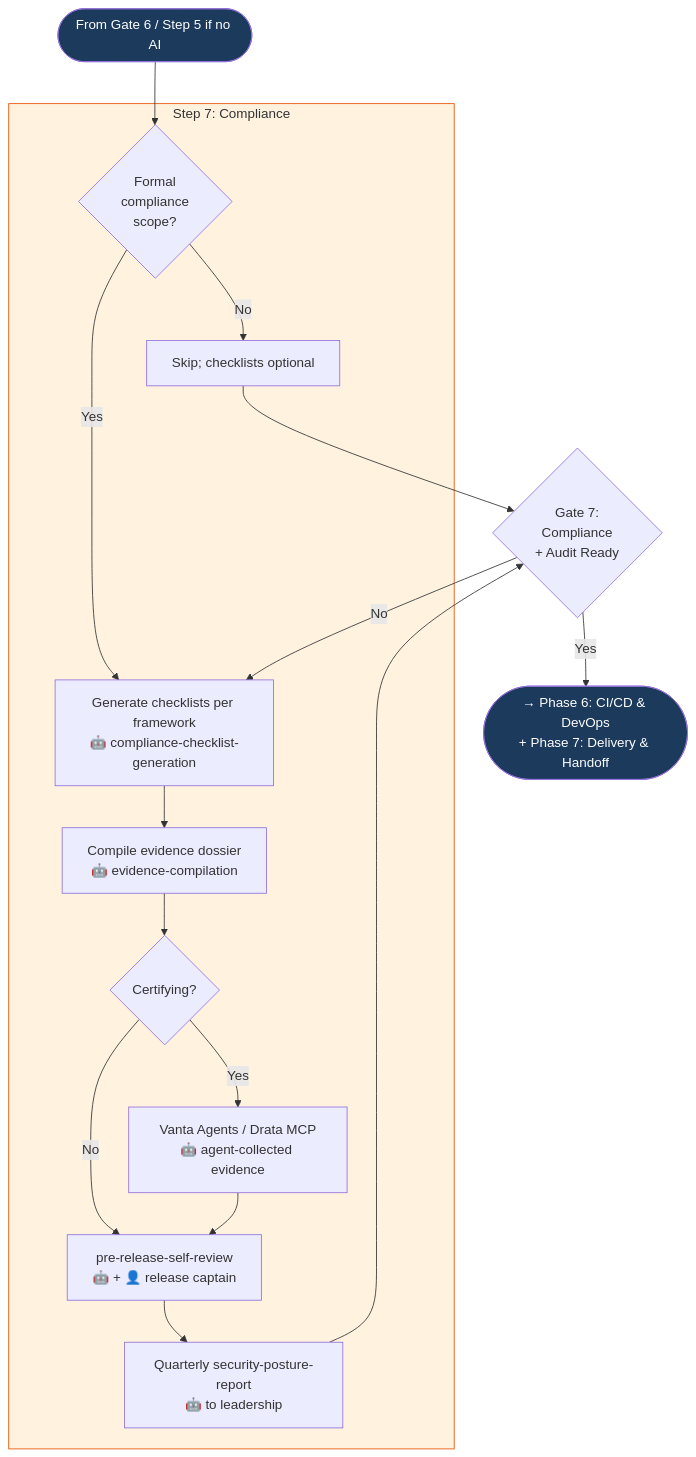
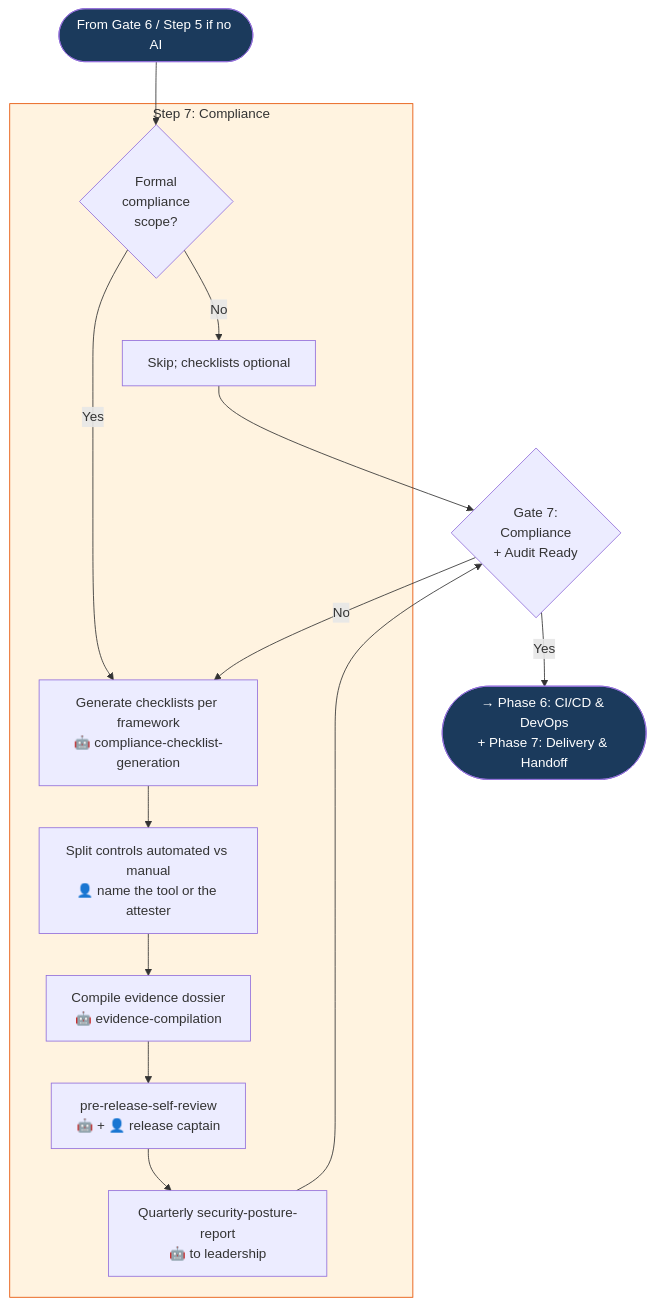
One commit to kalpat-allion/ai-dlc changed the ninth of 9 diagrams in aidlc-phases/05-security/FLOWCHART.md. Above: the diagram before and after it, drawn with Mermaid. The commit also changed other lines of this file and 39 other files, not shown here.

````diff
--- a/aidlc-phases/05-security/FLOWCHART.md
+++ b/aidlc-phases/05-security/FLOWCHART.md
@@ -309,25 +294,23 @@
 ```mermaid
 flowchart TD
     ENTRY([From Gate 6 / Step 5 if no AI]) --> COMPLIANCE
 
     subgraph COMPLIANCE_STEP["Step 7: Compliance"]
         COMPLIANCE{Formal<br/>compliance<br/>scope?}
         COMPLIANCE -- No --> SKIP_COMP["Skip; checklists optional"]
         COMPLIANCE -- Yes --> CHECKLIST[Generate checklists per framework<br/>🤖 compliance-checklist-generation]
-        CHECKLIST --> EVIDENCE[Compile evidence dossier<br/>🤖 evidence-compilation]
-        EVIDENCE --> CERT{Certifying?}
-        CERT -- Yes --> VANTA_DRATA[Vanta Agents / Drata MCP<br/>🤖 agent-collected evidence]
-        CERT -- No --> SELF_REVIEW
-        VANTA_DRATA --> SELF_REVIEW[pre-release-self-review<br/>🤖 + 👤 release captain]
+        CHECKLIST --> SPLIT[Split controls automated vs manual<br/>👤 name the tool or the attester]
+        SPLIT --> EVIDENCE[Compile evidence dossier<br/>🤖 evidence-compilation]
+        EVIDENCE --> SELF_REVIEW[pre-release-self-review<br/>🤖 + 👤 release captain]
         SELF_REVIEW --> POSTURE[Quarterly security-posture-report<br/>🤖 to leadership]
     end
 
     SKIP_COMP --> GATE7{Gate 7:<br/>Compliance<br/>+ Audit Ready}
     POSTURE --> GATE7
     GATE7 -- No --> CHECKLIST
     GATE7 -- Yes --> HANDOFF([→ Phase 6: CI/CD & DevOps<br/>+ Phase 7: Delivery & Handoff])
 
     style ENTRY fill:#1B3A5C,color:#fff
     style HANDOFF fill:#1B3A5C,color:#fff
     style COMPLIANCE_STEP fill:#fff3e0,stroke:#E65100
 ```
````
